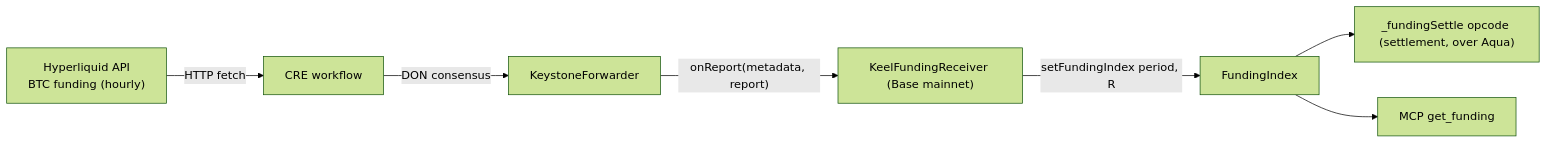
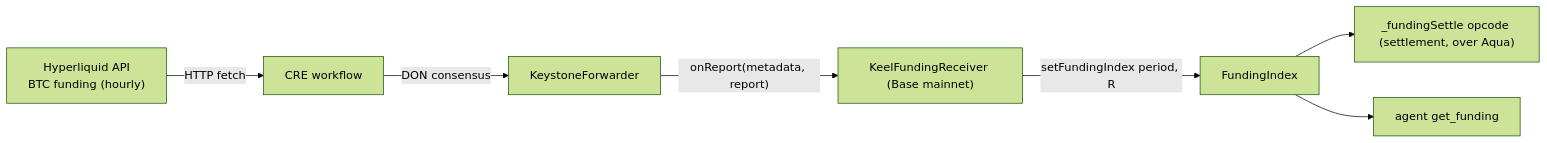
Before and after one commit to 0xYudhishthra/TenorFi: the third of 4 diagrams in docs/bounty-integrations.md, drawn with Mermaid (forest theme). The commit also changed other lines of this file and 7 other files, not shown here.

````diff
--- a/docs/bounty-integrations.md
+++ b/docs/bounty-integrations.md
@@ -208,9 +208,9 @@
 ```mermaid
 flowchart LR
     HL["Hyperliquid API<br/>BTC funding (hourly)"] -->|HTTP fetch| CRE["CRE workflow"]
     CRE -->|DON consensus| FWD["KeystoneForwarder"]
     FWD -->|"onReport(metadata, report)"| RECV["KeelFundingReceiver (Base mainnet)"]
     RECV -->|setFundingIndex period, R| IDX["FundingIndex"]
     IDX --> O["_fundingSettle opcode (settlement, over Aqua)"]
-    IDX --> M["MCP get_funding"]
+    IDX --> M["agent get_funding"]
 ```
````
